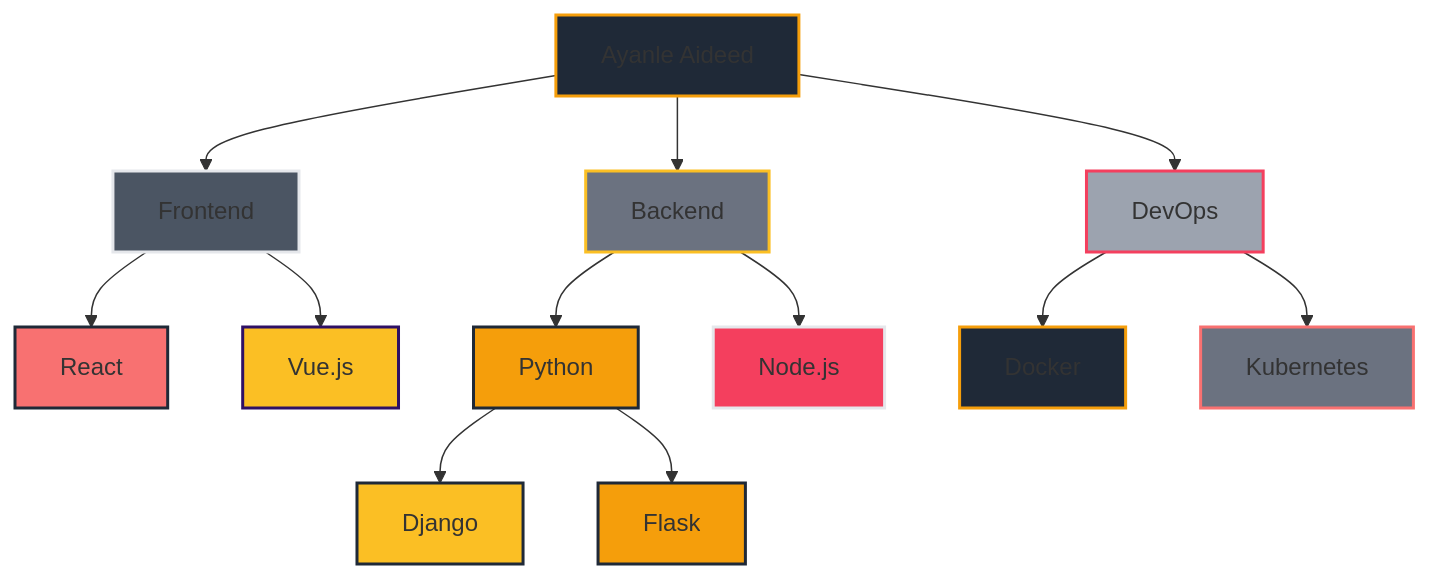
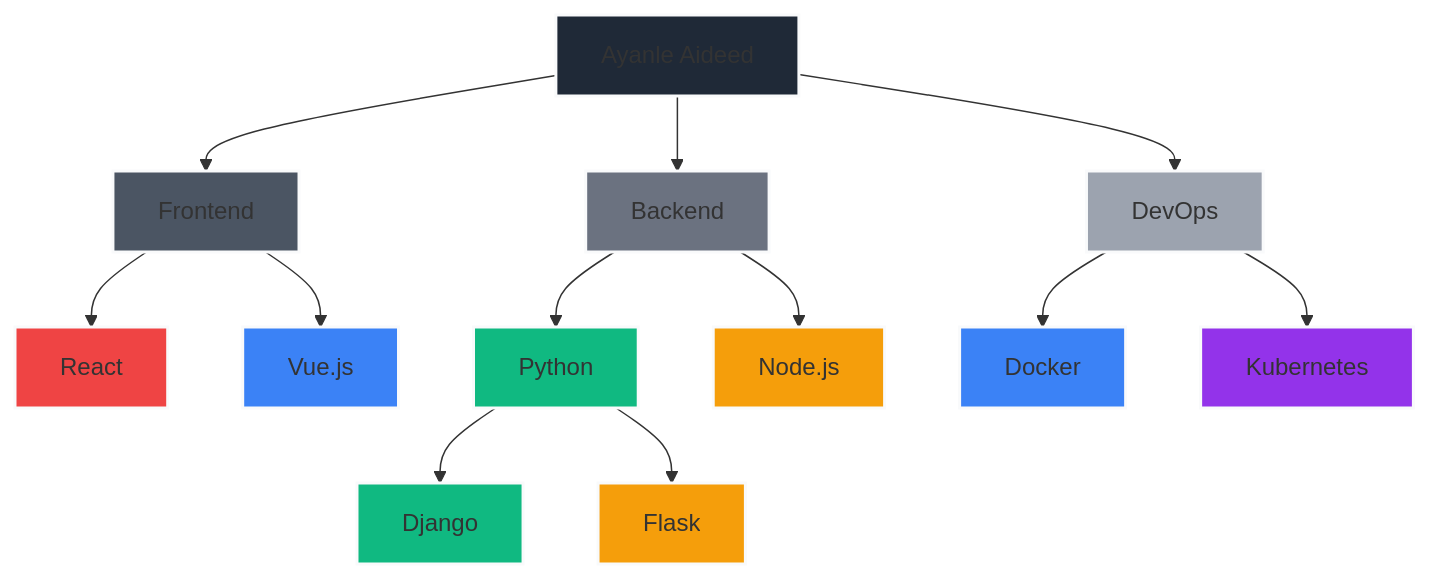
Before and after one commit to Ayanleaideed/Ayanleaideed: the diagram in README.md, drawn with Mermaid. The commit also changed other lines of this file, not shown here.

````diff
--- a/README.md
+++ b/README.md
@@ -116,30 +115,30 @@
 ```mermaid
 graph TD
     A[Ayanle Aideed] --> B[Frontend]
     A --> C[Backend]
     A --> D[DevOps]
     B --> E[React]
     B --> F[Vue.js]
     C --> G[Python]
     C --> H[Node.js]
     D --> I[Docker]
     D --> J[Kubernetes]
     G --> L[Django]
     G --> M[Flask]
 
-    style A fill:#1F2937,stroke:#F59E0B,stroke-width:2px
-    style B fill:#4B5563,stroke:#E5E7EB,stroke-width:2px
-    style C fill:#6B7280,stroke:#FBBF24,stroke-width:2px
-    style D fill:#9CA3AF,stroke:#F43F5E,stroke-width:2px
-    style E fill:#F87171,stroke:#1F2937,stroke-width:2px
-    style F fill:#FBBF24,stroke:#2e1065,stroke-width:2px
-    style G fill:#F59E0B,stroke:#1F2937,stroke-width:2px
-    style H fill:#F43F5E,stroke:#E5E7EB,stroke-width:2px
-    style I fill:#1F2937,stroke:#F59E0B,stroke-width:2px
-    style J fill:#6B7280,stroke:#F87171,stroke-width:2px
-    style L fill:#FBBF24,stroke:#1F2937,stroke-width:2px
-    style M fill:#F59E0B,stroke:#1F2937,stroke-width:2px
+    style A fill:#1F2937,stroke:#F9FAFB,stroke-width:2px
+    style B fill:#4B5563,stroke:#F9FAFB,stroke-width:2px
+    style C fill:#6B7280,stroke:#F9FAFB,stroke-width:2px
+    style D fill:#9CA3AF,stroke:#F9FAFB,stroke-width:2px
+    style E fill:#EF4444,stroke:#F9FAFB,stroke-width:2px
+    style F fill:#3B82F6,stroke:#F9FAFB,stroke-width:2px
+    style G fill:#10B981,stroke:#F9FAFB,stroke-width:2px
+    style H fill:#F59E0B,stroke:#F9FAFB,stroke-width:2px
+    style I fill:#3B82F6,stroke:#F9FAFB,stroke-width:2px
+    style J fill:#9333EA,stroke:#F9FAFB,stroke-width:2px
+    style L fill:#10B981,stroke:#F9FAFB,stroke-width:2px
+    style M fill:#F59E0B,stroke:#F9FAFB,stroke-width:2px
 
 
 
 ```
````
